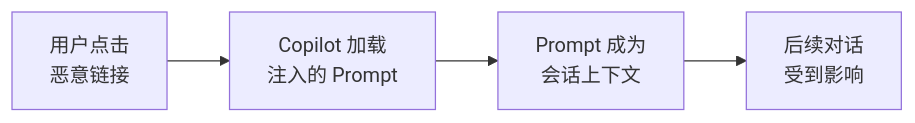
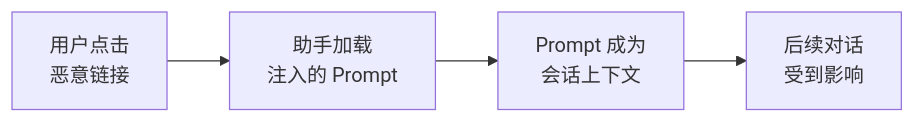
The third of 4 diagrams in 04_prompt_injection/4.4_case_studies.md (yeasy/ai_security_guide), drawn with Mermaid before and after one commit. The commit also changed other lines of this file and 66 other files, not shown here.

````diff
--- a/04_prompt_injection/4.4_case_studies.md
+++ b/04_prompt_injection/4.4_case_studies.md
@@ -182,6 +183,6 @@
 ```mermaid
 flowchart LR
-    A["用户点击<br/>恶意链接"] --> B["Copilot 加载<br/>注入的 Prompt"]
+    A["用户点击<br/>恶意链接"] --> B["助手加载<br/>注入的 Prompt"]
     B --> C["Prompt 成为<br/>会话上下文"]
     C --> D["后续对话<br/>受到影响"]
 ```
````
